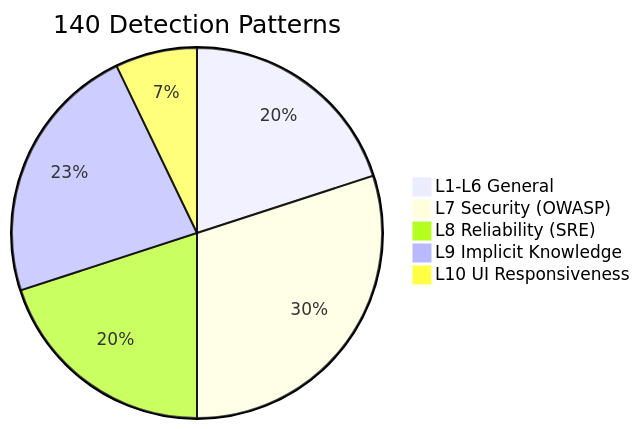
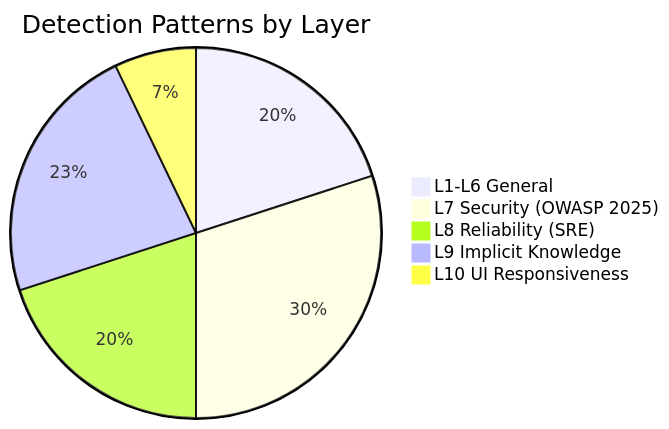
Before and after one commit to ohyesiamy/web-anomaly-detector: the third of 4 diagrams in README.md, drawn with Mermaid. The commit also changed other lines of this file, not shown here.

````diff
--- a/README.md
+++ b/README.md
@@ -211,8 +341,8 @@
 ```mermaid
-pie title 140 Detection Patterns
+pie title Detection Patterns by Layer
     "L1-L6 General" : 28
-    "L7 Security (OWASP)" : 42
+    "L7 Security (OWASP 2025)" : 42
     "L8 Reliability (SRE)" : 28
     "L9 Implicit Knowledge" : 32
     "L10 UI Responsiveness" : 10
 ```
````
